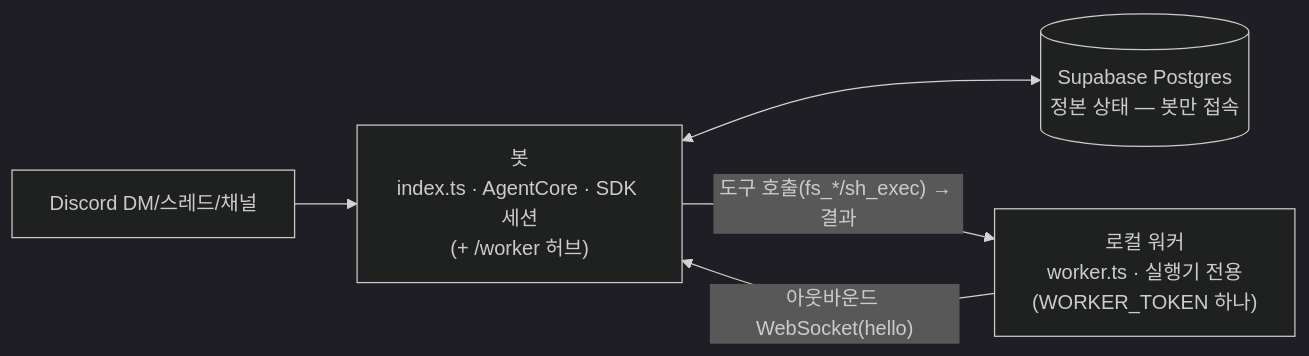
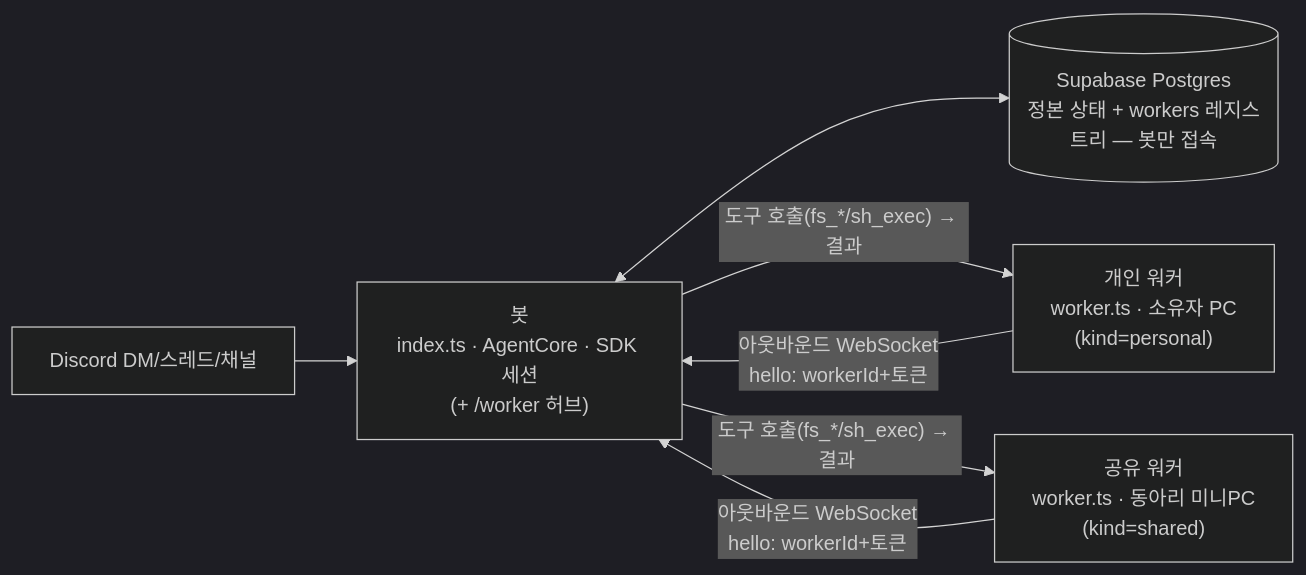
One commit to semicollon-club/asahi changed the diagram in docs/architecture/overview.md. Above: the diagram before and after it, drawn with Mermaid (dark theme). The commit also changed other lines of this file and 7 other files, not shown here.

````diff
--- a/docs/architecture/overview.md
+++ b/docs/architecture/overview.md
@@ -120,7 +144,9 @@
 ```mermaid
 flowchart LR
   U[Discord DM/스레드/채널] --> B["봇\nindex.ts · AgentCore · SDK 세션\n(+ /worker 허브)"]
-  B <--> DB[(Supabase Postgres\n정본 상태 — 봇만 접속)]
-  W["로컬 워커\nworker.ts · 실행기 전용\n(WORKER_TOKEN 하나)"] -- "아웃바운드 WebSocket(hello)" --> B
-  B -- "도구 호출(fs_*/sh_exec) → 결과" --> W
+  B <--> DB[(Supabase Postgres\n정본 상태 + workers 레지스트리 — 봇만 접속)]
+  W1["개인 워커\nworker.ts · 소유자 PC\n(kind=personal)"] -- "아웃바운드 WebSocket\nhello: workerId+토큰" --> B
+  W2["공유 워커\nworker.ts · 동아리 미니PC\n(kind=shared)"] -- "아웃바운드 WebSocket\nhello: workerId+토큰" --> B
+  B -- "도구 호출(fs_*/sh_exec) → 결과" --> W1
+  B -- "도구 호출(fs_*/sh_exec) → 결과" --> W2
 ```
````
